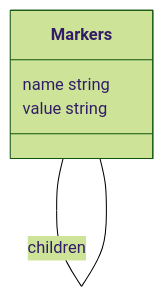
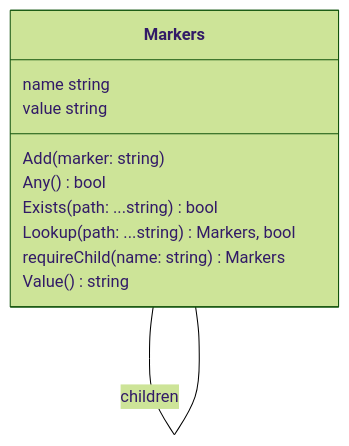
One commit to theunrepentantgeek/crddoc changed the fifth of 17 diagrams in docs/model/model.md. Above: the diagram before and after it, drawn with Mermaid (forest theme). The commit also changed other lines of this file, not shown here.

````diff
--- a/docs/model/model.md
+++ b/docs/model/model.md
@@ -174,21 +236,29 @@
 ```mermaid
 ---
   config:
     class:
       hideEmptyMembersBox: true
 ---
 classDiagram
 
 class Markers["Markers"]{  
       name string  
-      value string
+      value string  
+      Add(marker: string)  
+      Any()bool  
+      Exists(path: ...string)bool  
+      Lookup(path: ...string)Markers, bool  
+      requireChild(name: string)Markers  
+      Value()string
 
 
 } 
 
+Markers -- Markers : children 
 
 Markers -- Markers : children 
 
 class Markers["Markers"]
+class Markers["Markers"]
 
 ```
````
